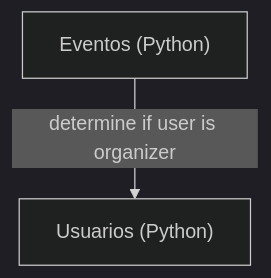
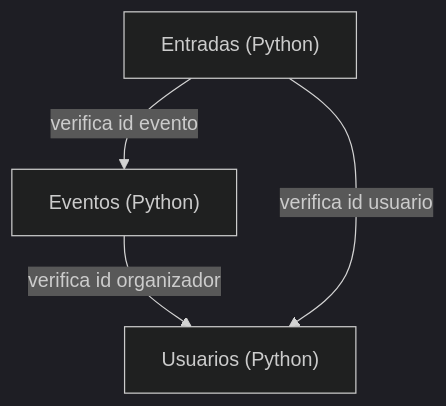
One commit to valeriach30/Arquitectura changed the diagram in Tarea 2/README.md. Above: the diagram before and after it, drawn with Mermaid (dark theme). The commit also changed 5 other files, not shown here.

````diff
--- a/Tarea 2/README.md
+++ b/Tarea 2/README.md
@@ -1,4 +1,7 @@
 ```mermaid
 graph TD
-    G["Eventos (Python)"] -->|determine if user is organizer| H["Usuarios (Python)"]
+    G["Eventos (Python)"] -->|verifica id organizador| H["Usuarios (Python)"]
+    I -->|verifica id evento| G
+    I["Entradas (Python)"] -->| verifica id usuario |H
+
 ```
````
